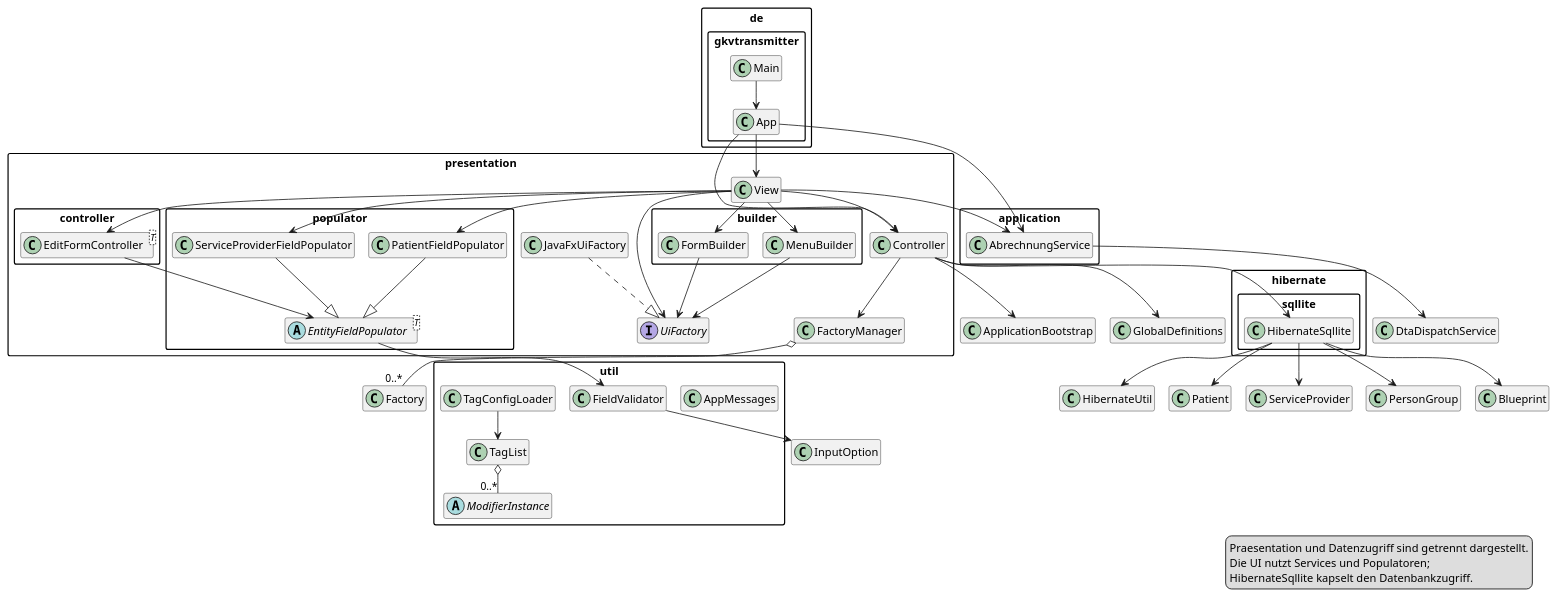
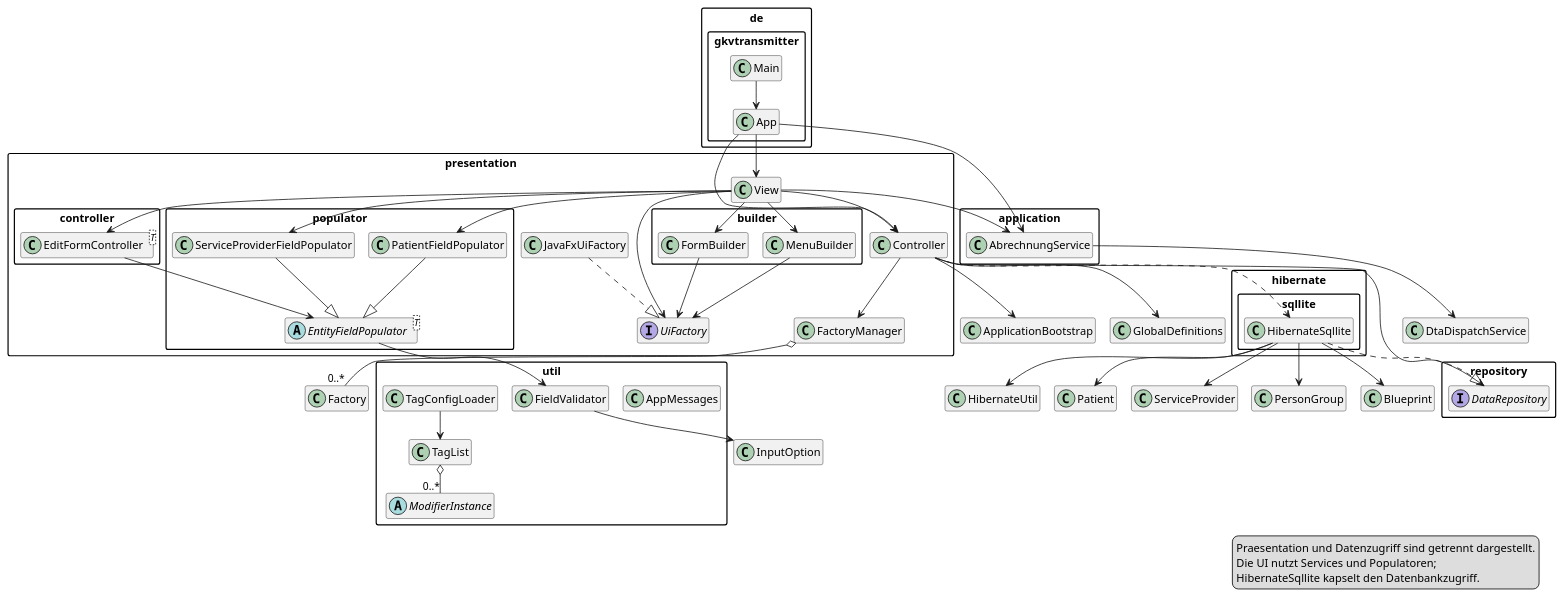
The diagram in GKVTransmitter/Information/03_Praesentation_und_Persistenz.puml (Gulaschkanister/Health-insurance-claims), drawn with PlantUML before and after one commit. The commit also changed 6 other files, not shown here.

Commit message:
Repository Hibernate

```diff
--- a/GKVTransmitter/Information/03_Praesentation_und_Persistenz.puml
+++ b/GKVTransmitter/Information/03_Praesentation_und_Persistenz.puml
@@ -1,84 +1,89 @@
 @startuml GKVTransmitter_Praesentation_und_Persistenz
 !pragma layout smetana
 hide empty members
 skinparam packageStyle rectangle
 skinparam shadowing false
 skinparam linetype ortho
 
 package "de.gkvtransmitter" {
   class Main
   class App
 }
 package "presentation" {
   class Controller
   class View
   interface UiFactory
   class JavaFxUiFactory
   class FactoryManager
 }
 package "application" {
   class AbrechnungService
 }
 package "presentation.builder" {
   class FormBuilder
   class MenuBuilder
 }
 package "presentation.controller" {
   class EditFormController<T>
 }
 package "presentation.populator" {
   abstract class EntityFieldPopulator<T>
   class PatientFieldPopulator
   class ServiceProviderFieldPopulator
 }
 package "hibernate.sqllite" {
   class HibernateSqllite
 }
+package "repository" {
+  interface DataRepository
+}
 package "util" {
   class AppMessages
   class FieldValidator
   class TagConfigLoader
   class TagList
   abstract class ModifierInstance
 }
 
 Main --> App
 App --> Controller
 App --> View
 App --> AbrechnungService
 Controller --> ApplicationBootstrap
 Controller --> GlobalDefinitions
 Controller --> FactoryManager
-Controller --> HibernateSqllite
+Controller --> DataRepository
+Controller ..> HibernateSqllite
 View --> Controller
 View --> UiFactory
 View --> FormBuilder
 View --> MenuBuilder
 View --> EditFormController
 View --> PatientFieldPopulator
 View --> ServiceProviderFieldPopulator
 View --> AbrechnungService
 AbrechnungService --> DtaDispatchService
 JavaFxUiFactory ..|> UiFactory
 FactoryManager o-- "0..*" Factory
 FormBuilder --> UiFactory
 MenuBuilder --> UiFactory
 EditFormController --> EntityFieldPopulator
 PatientFieldPopulator --|> EntityFieldPopulator
 ServiceProviderFieldPopulator --|> EntityFieldPopulator
 EntityFieldPopulator --> FieldValidator
 HibernateSqllite --> HibernateUtil
+HibernateSqllite ..|> DataRepository
 HibernateSqllite --> Patient
 HibernateSqllite --> ServiceProvider
 HibernateSqllite --> PersonGroup
 HibernateSqllite --> Blueprint
 TagConfigLoader --> TagList
 TagList o-- "0..*" ModifierInstance
 FieldValidator --> InputOption
 
 legend right
   Praesentation und Datenzugriff sind getrennt dargestellt.
   Die UI nutzt Services und Populatoren;
   HibernateSqllite kapselt den Datenbankzugriff.
 endlegend
 @enduml
```
